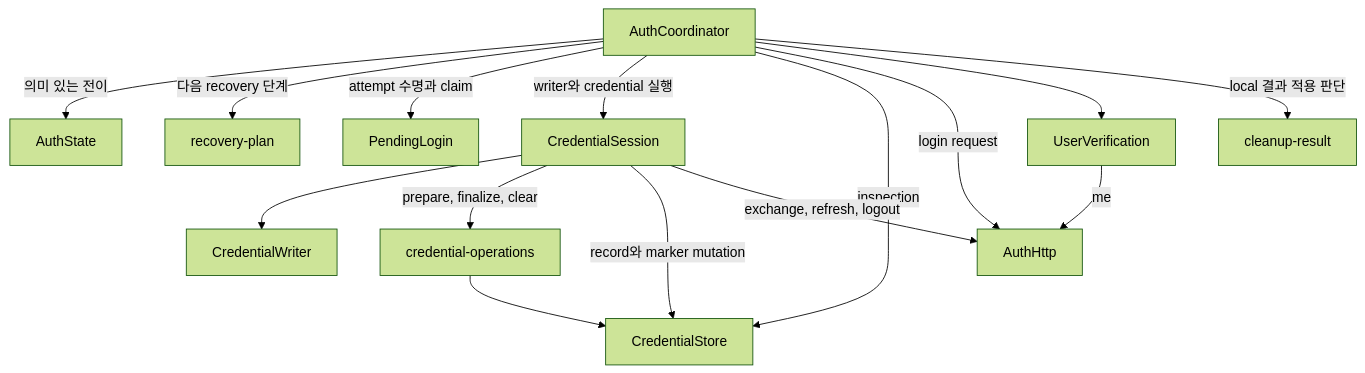
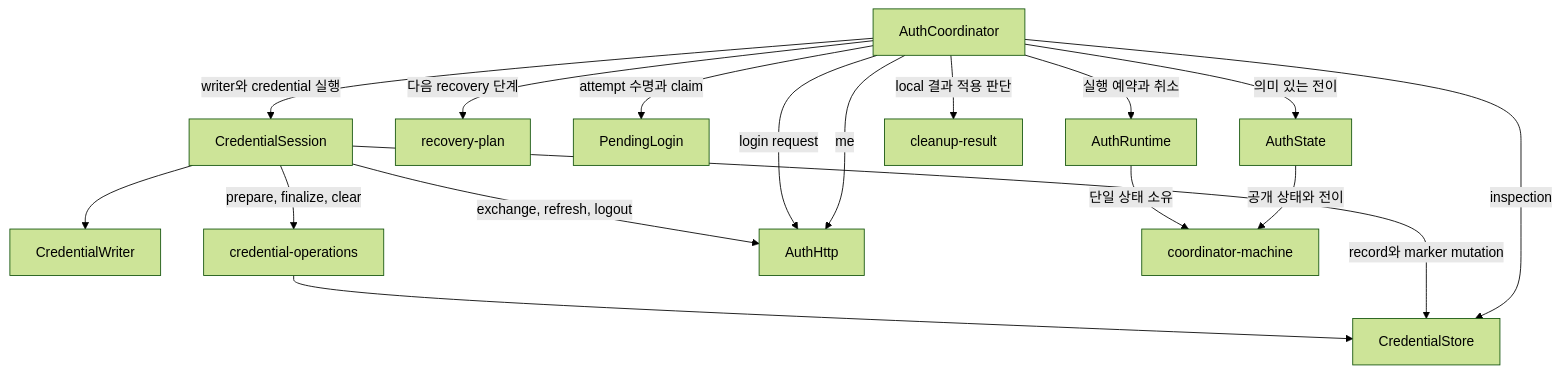
One commit to blahaj94/dfragon changed the diagram in docs/reference/desktop-auth-core.md. Above: the diagram before and after it, drawn with Mermaid (forest theme). The commit also changed other lines of this file and 6 other files, not shown here.

````diff
--- a/docs/reference/desktop-auth-core.md
+++ b/docs/reference/desktop-auth-core.md
@@ -66,17 +68,19 @@
 ```mermaid
 flowchart TD
     Coordinator[AuthCoordinator] -->|의미 있는 전이| State[AuthState]
     Coordinator -->|다음 recovery 단계| Plan[recovery-plan]
     Coordinator -->|attempt 수명과 claim| Pending[PendingLogin]
     Coordinator -->|writer와 credential 실행| Session[CredentialSession]
     Session --> Writer[CredentialWriter]
     Session -->|prepare, finalize, clear| Operations[credential-operations]
     Operations --> Store[CredentialStore]
     Session -->|record와 marker mutation| Store
     Coordinator -->|inspection| Store
     Session -->|exchange, refresh, logout| Http[AuthHttp]
     Coordinator -->|login request| Http
-    Coordinator --> Verification[UserVerification]
-    Verification -->|me| Http
+    Coordinator -->|실행 예약과 취소| Runtime[AuthRuntime]
+    Runtime -->|단일 상태 소유| Machine[coordinator-machine]
+    State -->|공개 상태와 전이| Machine
+    Coordinator -->|me| Http
     Coordinator -->|local 결과 적용 판단| Cleanup[cleanup-result]
 ```
````
